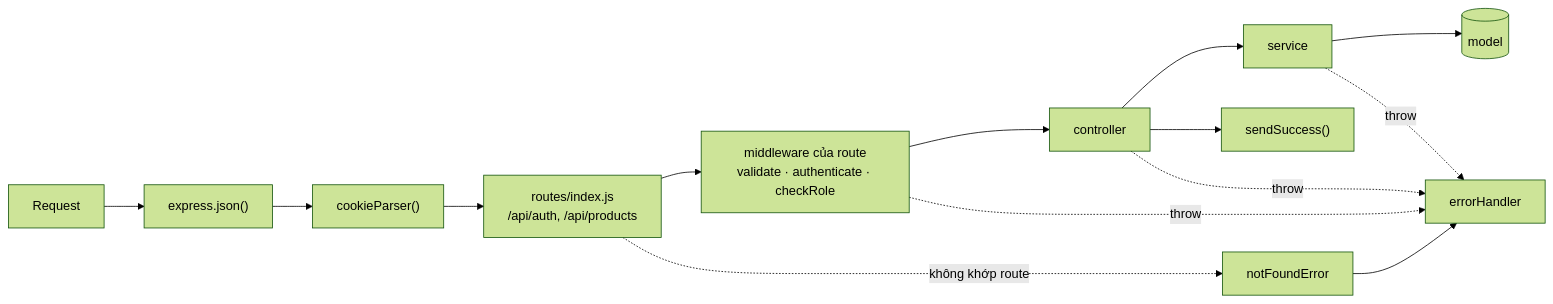
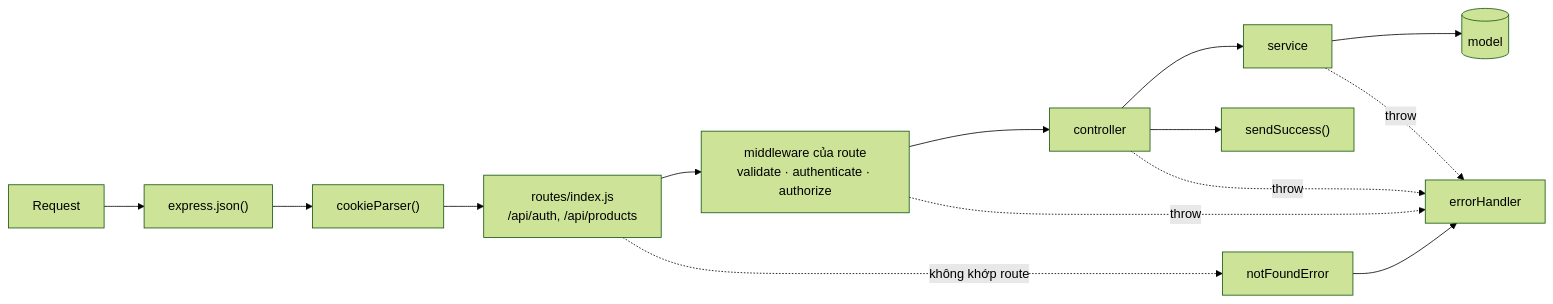
The second of 2 diagrams in docs/02-kien-truc.md (hoangnm-ndm/TienThanh-NodeJS), drawn with Mermaid (forest theme) before and after one commit. The commit also changed other lines of this file and 10 other files, not shown here.

````diff
--- a/docs/02-kien-truc.md
+++ b/docs/02-kien-truc.md
@@ -27,11 +27,11 @@
 ```mermaid
 flowchart LR
   R[Request] --> J["express.json()"] --> C["cookieParser()"] --> RT["routes/index.js<br/>/api/auth, /api/products"]
-  RT --> M["middleware của route<br/>validate · authenticate · checkRole"]
+  RT --> M["middleware của route<br/>validate · authenticate · authorize"]
   M --> CT[controller] --> S[service] --> MD[(model)]
   CT --> RES["sendSuccess()"]
   M -. throw .-> EH[errorHandler]
   CT -. throw .-> EH
   S -. throw .-> EH
   RT -. không khớp route .-> NF[notFoundError] --> EH
 ```
````
